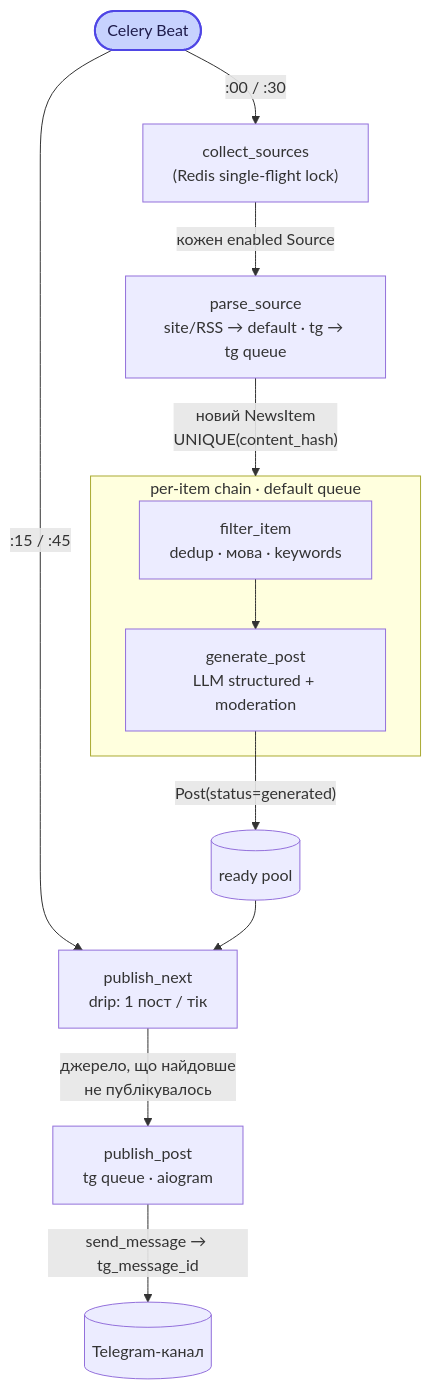
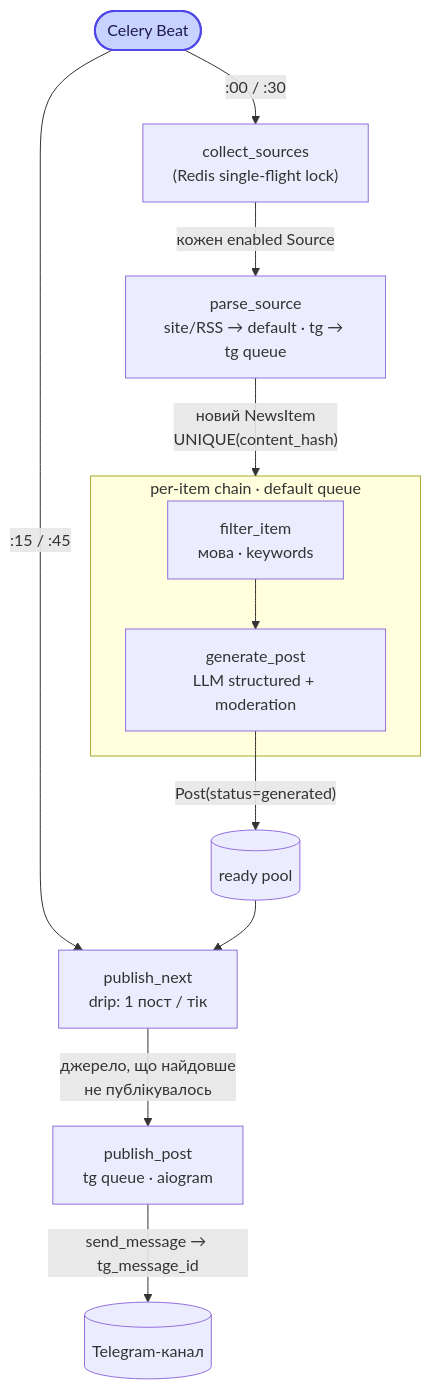
The diagram in README.uk.md (semtexfromua/ai-post-bot), drawn with Mermaid before and after one commit. The commit also changed other lines of this file and 1 other file, not shown here.

First line of the commit message:
docs(readme): sync with dedup/SSRF/compose changes

````diff
--- a/README.uk.md
+++ b/README.uk.md
@@ -46,20 +46,20 @@
 ```mermaid
 flowchart TD
     Beat([Celery Beat]):::infra
     Beat -->|":00 / :30"| Collect["collect_sources<br/>(Redis single-flight lock)"]
     Beat -->|":15 / :45"| Drip["publish_next<br/>drip: 1 пост / тік"]
 
     Collect -->|"кожен enabled Source"| Parse["parse_source<br/>site/RSS → default · tg → tg queue"]
     Parse -->|"новий NewsItem<br/>UNIQUE(content_hash)"| Chain
 
     subgraph Chain["per-item chain · default queue"]
-      Filter["filter_item<br/>dedup · мова · keywords"] --> Gen["generate_post<br/>LLM structured + moderation"]
+      Filter["filter_item<br/>мова · keywords"] --> Gen["generate_post<br/>LLM structured + moderation"]
     end
 
     Gen -->|"Post(status=generated)"| Pool[("ready pool")]
     Pool --> Drip
     Drip -->|"джерело, що найдовше<br/>не публікувалось"| Pub["publish_post<br/>tg queue · aiogram"]
     Pub -->|"send_message → tg_message_id"| Channel[("Telegram-канал")]
 
     classDef infra fill:#c7d2fe,stroke:#4f46e5,color:#1e1b4b,stroke-width:2px;
 ```
````
